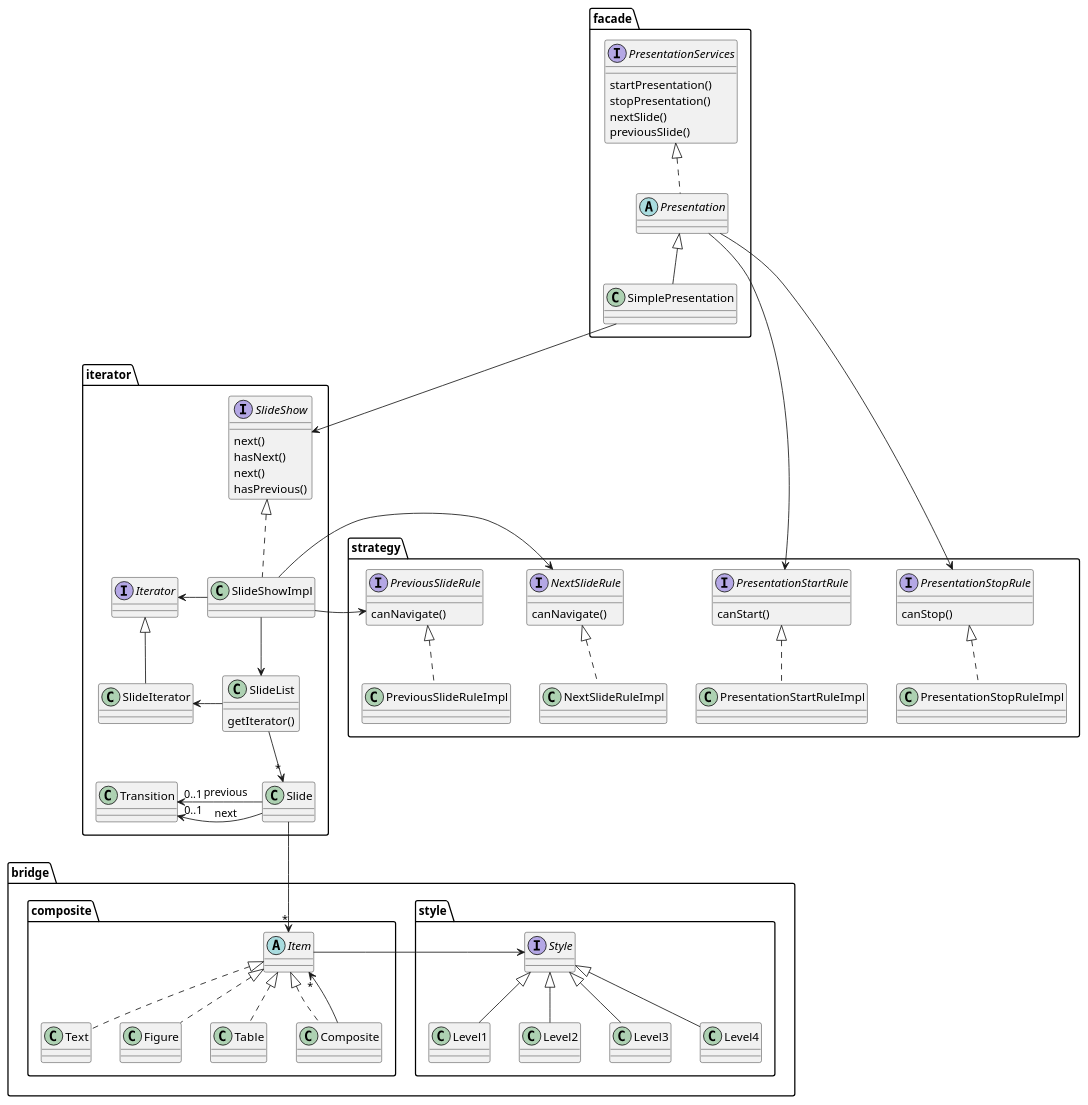
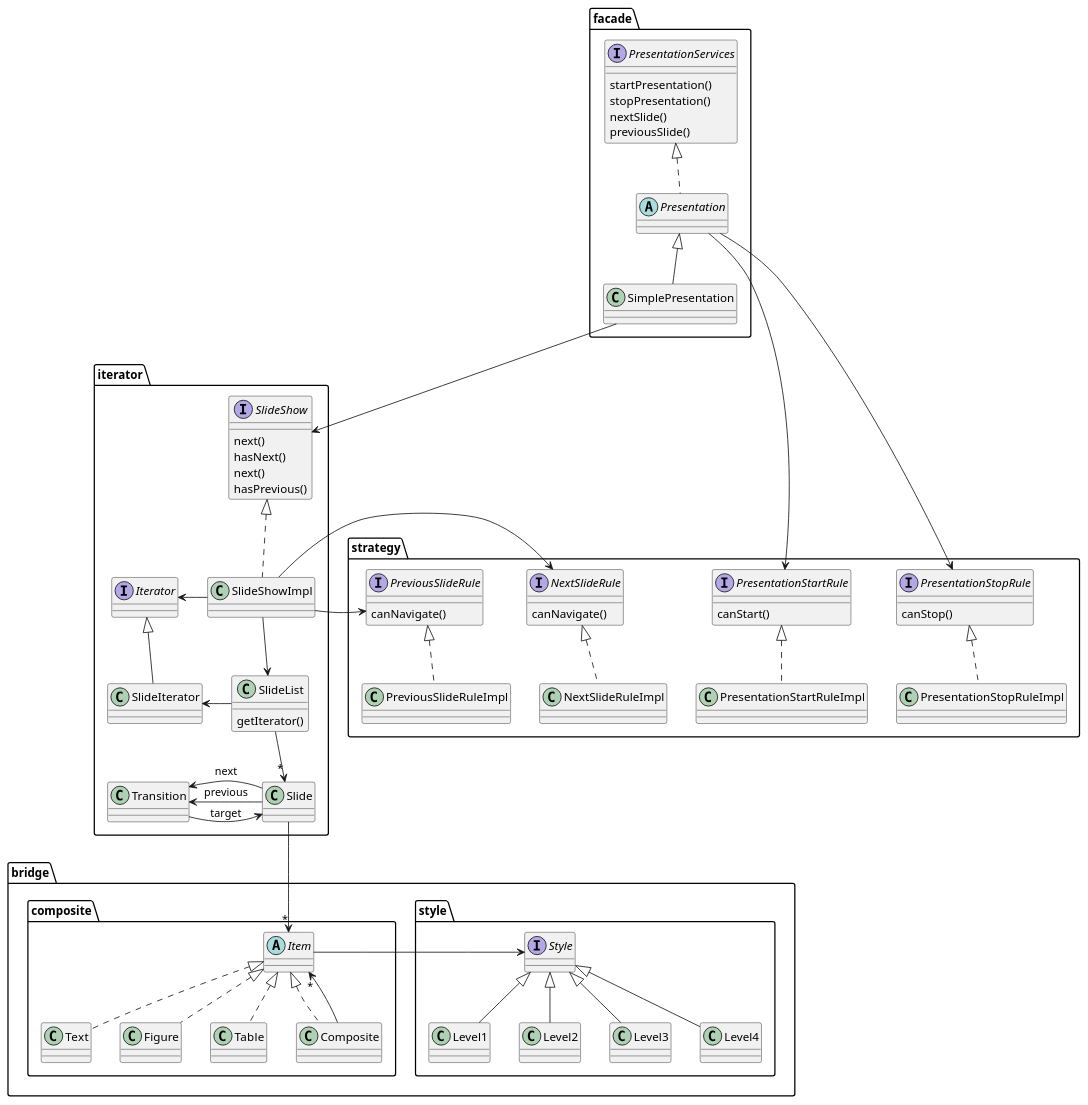
Before and after one commit to luukbuit/design-for-change: the diagram in classdiagram.puml, drawn with PlantUML.

Commit message:
More explicit relationship between Slide and Transition

```diff
--- a/classdiagram.puml
+++ b/classdiagram.puml
@@ -1,96 +1,97 @@
 @startuml
 
 package facade {
 
     Interface PresentationServices
     Abstract Class Presentation
     PresentationServices : startPresentation()
     PresentationServices : stopPresentation()
     PresentationServices : nextSlide()
     PresentationServices : previousSlide()
     Presentation .up.|> PresentationServices
     SimplePresentation -up-|> Presentation
 }
 
 
 package bridge {
 
     package style {
         Interface Style
         Level1 -up-|> Style
         Level2 -up-|> Style
         Level3 -up-|> Style
         Level4 -up-|> Style
 
     }
 
     package composite {
 
         Abstract Class Item
 
         Text .up.|> Item
         Figure .up.|> Item
         Table .up.|> Item
         Composite .up.|> Item
         Composite -up-> "*" Item
 
         Item -right-> Style
 
     }
 
 }
 
 package iterator {
 
     Interface SlideShow
     Interface Iterator
 
     SlideShowImpl .up.|> SlideShow
     SlideIterator -up-|> Iterator
     Slide -down-> "*" Item
     SlideShowImpl -down-> SlideList
     SlideShowImpl -left-> Iterator
     SlideList -left-> SlideIterator
     SlideList --> "*" Slide
 
     SlideShow : next()
     SlideShow : hasNext()
     SlideShow : next()
     SlideShow : hasPrevious()
 
     SlideList : getIterator()
 
-    Slide -left-> "0..1" Transition : "    next"
-    Slide -left-> "0..1" Transition : "    previous"
+    Slide -left-> Transition : next
+    Slide -left-> Transition : previous
+    Transition --> Slide : target
 
 }
 
 package strategy {
 
     Interface PresentationStartRule
     PresentationStartRule : canStart()
     Presentation -right-> PresentationStartRule
     PresentationStartRuleImpl .up.|> PresentationStartRule
 
     Interface PresentationStopRule
     PresentationStopRule : canStop()
     Presentation -right-> PresentationStopRule
     PresentationStopRuleImpl .up.|> PresentationStopRule
 
     Interface NextSlideRule
     NextSlideRule : canNavigate()
     SlideShowImpl -right-> NextSlideRule
     NextSlideRuleImpl .up.|> NextSlideRule
 
     Interface PreviousSlideRule
     PreviousSlideRule : canNavigate()
     SlideShowImpl -right-> PreviousSlideRule
     PreviousSlideRuleImpl .up.|> PreviousSlideRule
 
 
 }
 
 
 SimplePresentation --> SlideShow
 
 @enduml
```
